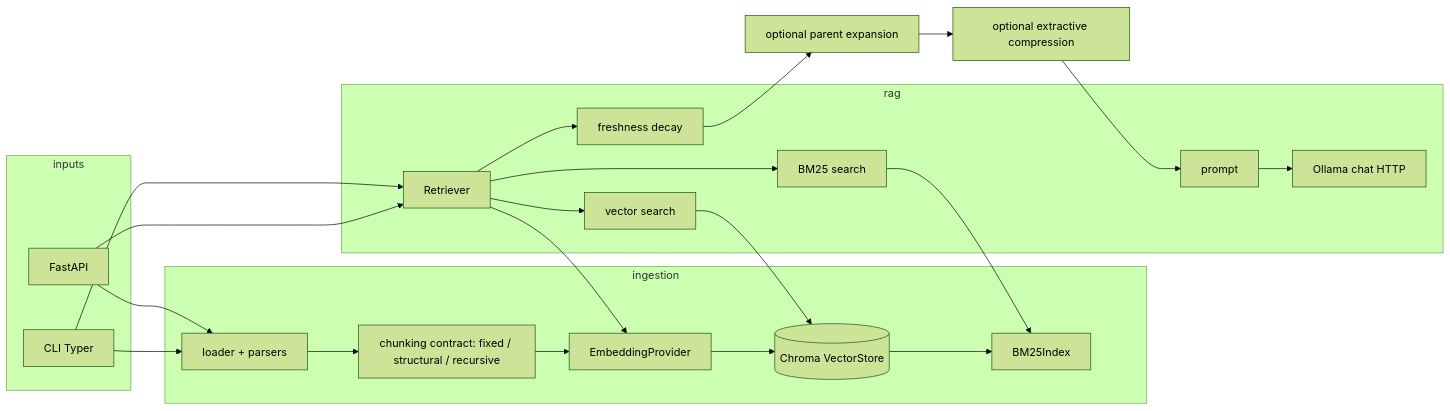
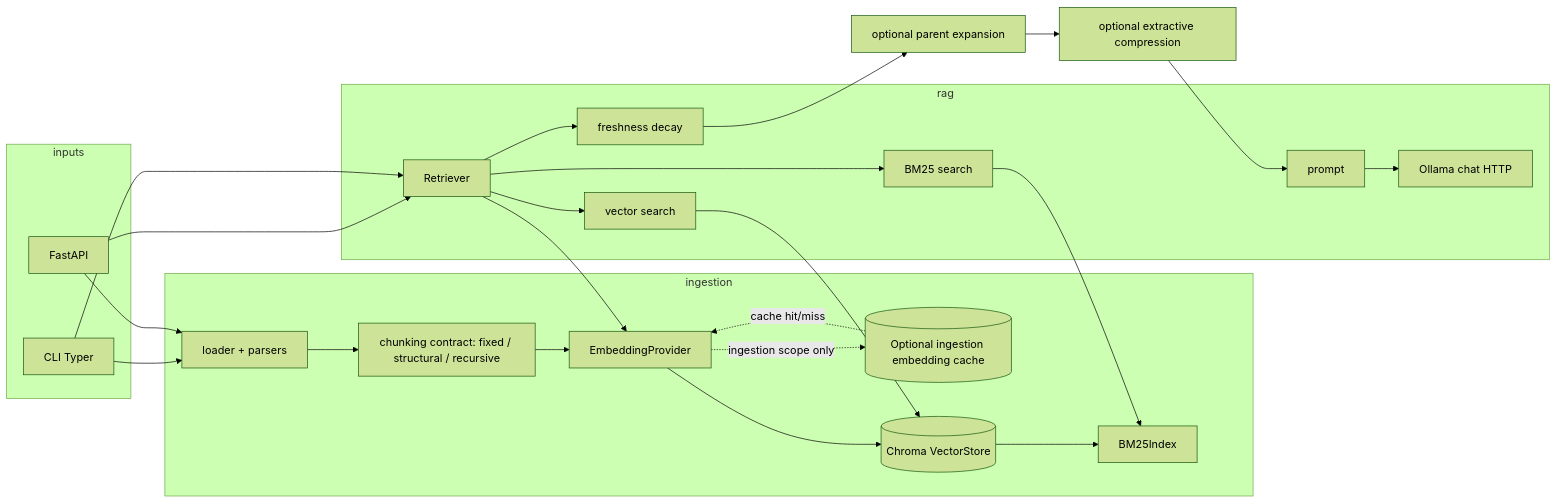
The diagram in docs/architecture.md (n0nuser/LocalRAG), drawn with Mermaid (forest theme) before and after one commit. The commit also changed other lines of this file and 15 other files, not shown here.

Commit message:
feat(embedding): add provider-aware ingestion cache

````diff
--- a/docs/architecture.md
+++ b/docs/architecture.md
@@ -11,37 +11,40 @@
 ```mermaid
 flowchart LR
   subgraph inputs
     CLI[CLI Typer]
     API[FastAPI]
   end
   subgraph ingestion
     L[loader + parsers]
     C[chunking contract: fixed / structural / recursive]
     E[EmbeddingProvider]
+    EC[(Optional ingestion embedding cache)]
     VS[(Chroma VectorStore)]
     B[BM25Index]
   end
   subgraph rag
     R[Retriever]
     V[vector search]
     X[BM25 search]
     F[freshness decay]
     P[prompt]
     LLM[Ollama chat HTTP]
   end
   CLI --> L
   API --> L
   L --> C --> E --> VS
+  E -. ingestion scope only .-> EC
+  EC -. cache hit/miss .-> E
   VS --> B
   API --> R
   CLI --> R
   R --> V
   R --> X
   V --> VS
   X --> B
   R --> F
   R --> E
   F --> PARENT[optional parent expansion]
   PARENT --> COMP[optional extractive compression]
   COMP --> P --> LLM
 ```
````
